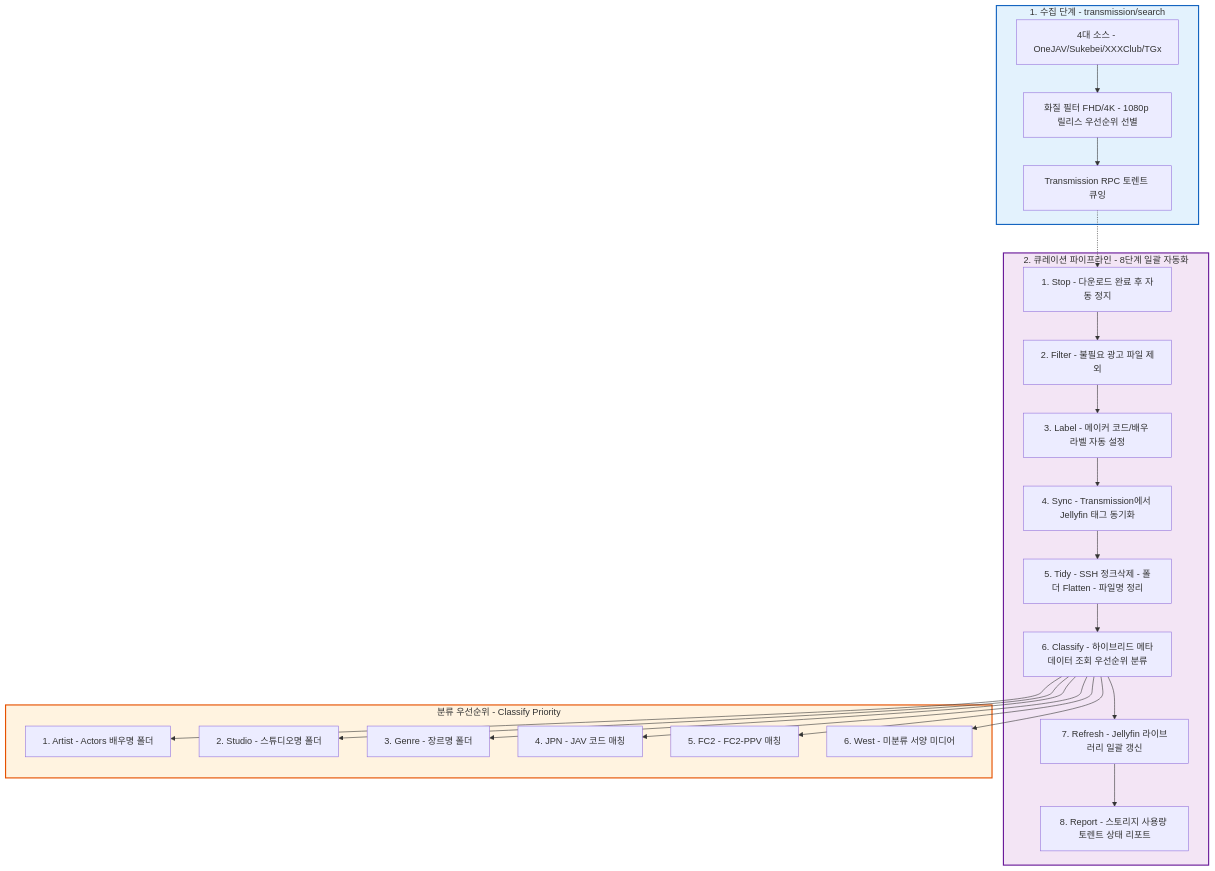
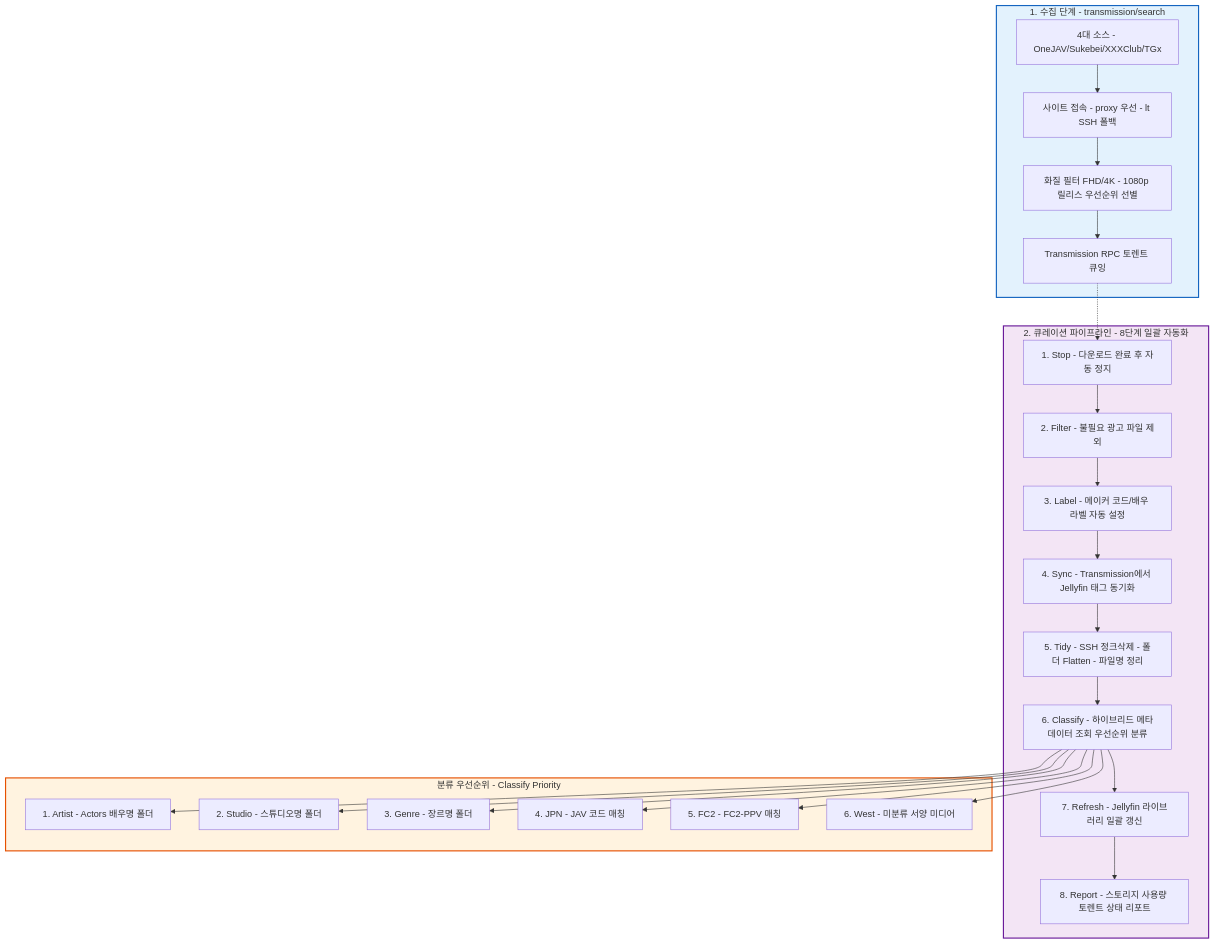
One commit to deuxksy/Meridian-X changed the diagram in docs/okf/explanation/architecture-and-workflow.md. Above: the diagram before and after it, drawn with Mermaid. The commit also changed other lines of this file and 3 other files, not shown here.

First line of the commit message:
docs(proxy): 사이트 접속 우회 체인 문서화 (RULES/OKF/README)

````diff
--- a/docs/okf/explanation/architecture-and-workflow.md
+++ b/docs/okf/explanation/architecture-and-workflow.md
@@ -9,31 +9,32 @@
 ```mermaid
 graph TB
     subgraph Ingest[1. 수집 단계 - transmission/search]
-        SRC[4대 소스 - OneJAV/Sukebei/XXXClub/TGx] --> DEDUP[화질 필터 FHD/4K - 1080p 릴리스 우선순위 선별]
+        SRC[4대 소스 - OneJAV/Sukebei/XXXClub/TGx] --> FETCH[사이트 접속 - proxy 우선 - lt SSH 폴백]
+        FETCH --> DEDUP[화질 필터 FHD/4K - 1080p 릴리스 우선순위 선별]
         DEDUP --> TX_ADD[Transmission RPC 토렌트 큐잉]
     end
 
     subgraph Pipeline[2. 큐레이션 파이프라인 - 8단계 일괄 자동화]
         TX_ADD -.-> S1
         S1[1. Stop - 다운로드 완료 후 자동 정지] --> S2[2. Filter - 불필요 광고 파일 제외]
         S2 --> S3[3. Label - 메이커 코드/배우 라벨 자동 설정]
         S3 --> S4[4. Sync - Transmission에서 Jellyfin 태그 동기화]
         S4 --> S5[5. Tidy - SSH 정크삭제 - 폴더 Flatten - 파일명 정리]
         S5 --> S6[6. Classify - 하이브리드 메타데이터 조회 우선순위 분류]
         S6 --> S7[7. Refresh - Jellyfin 라이브러리 일괄 갱신]
         S7 --> S8[8. Report - 스토리지 사용량 토렌트 상태 리포트]
     end
 
     subgraph ClassifyPriority[분류 우선순위 - Classify Priority]
         S6 --> P1[1. Artist - Actors 배우명 폴더]
         S6 --> P2[2. Studio - 스튜디오명 폴더]
         S6 --> P3[3. Genre - 장르명 폴더]
         S6 --> P4[4. JPN - JAV 코드 매칭]
         S6 --> P5[5. FC2 - FC2-PPV 매칭]
         S6 --> P6[6. West - 미분류 서양 미디어]
     end
 
     style Ingest fill:#e3f2fd,stroke:#1565c0,stroke-width:2px
     style Pipeline fill:#f3e5f5,stroke:#6a1b9a,stroke-width:2px
     style ClassifyPriority fill:#fff3e0,stroke:#e65100,stroke-width:2px
 ```
````
